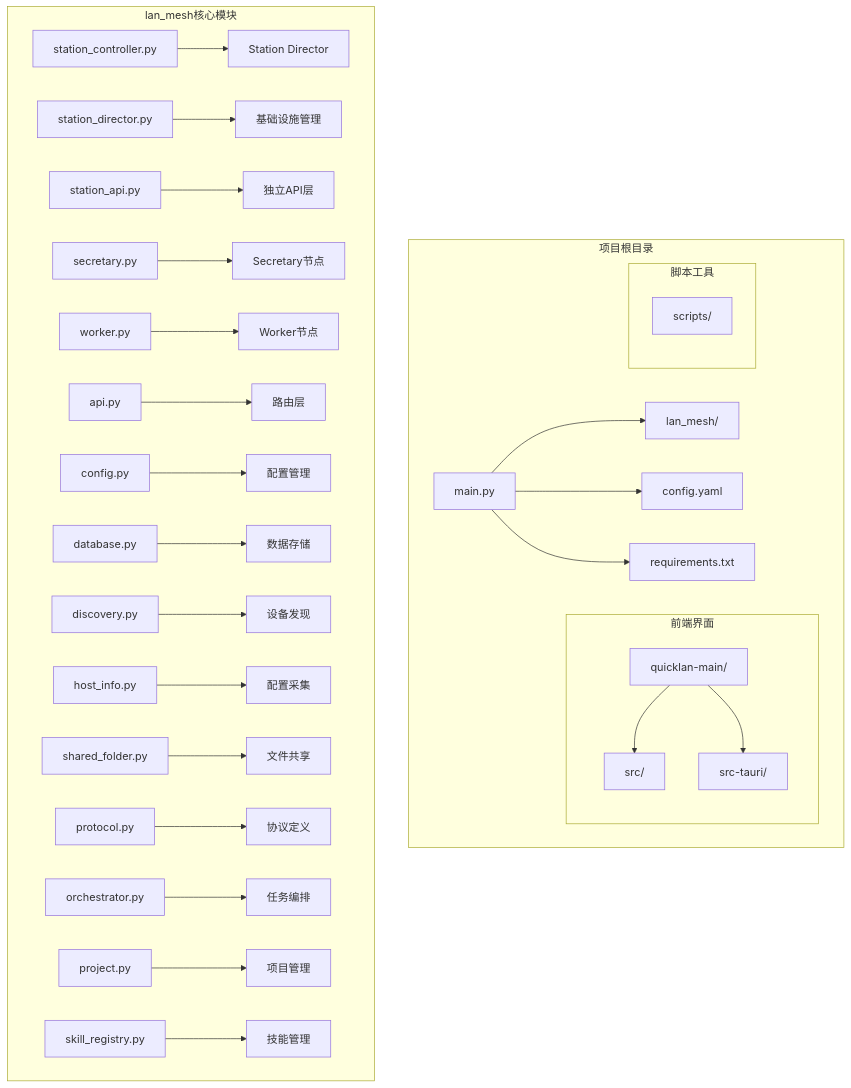
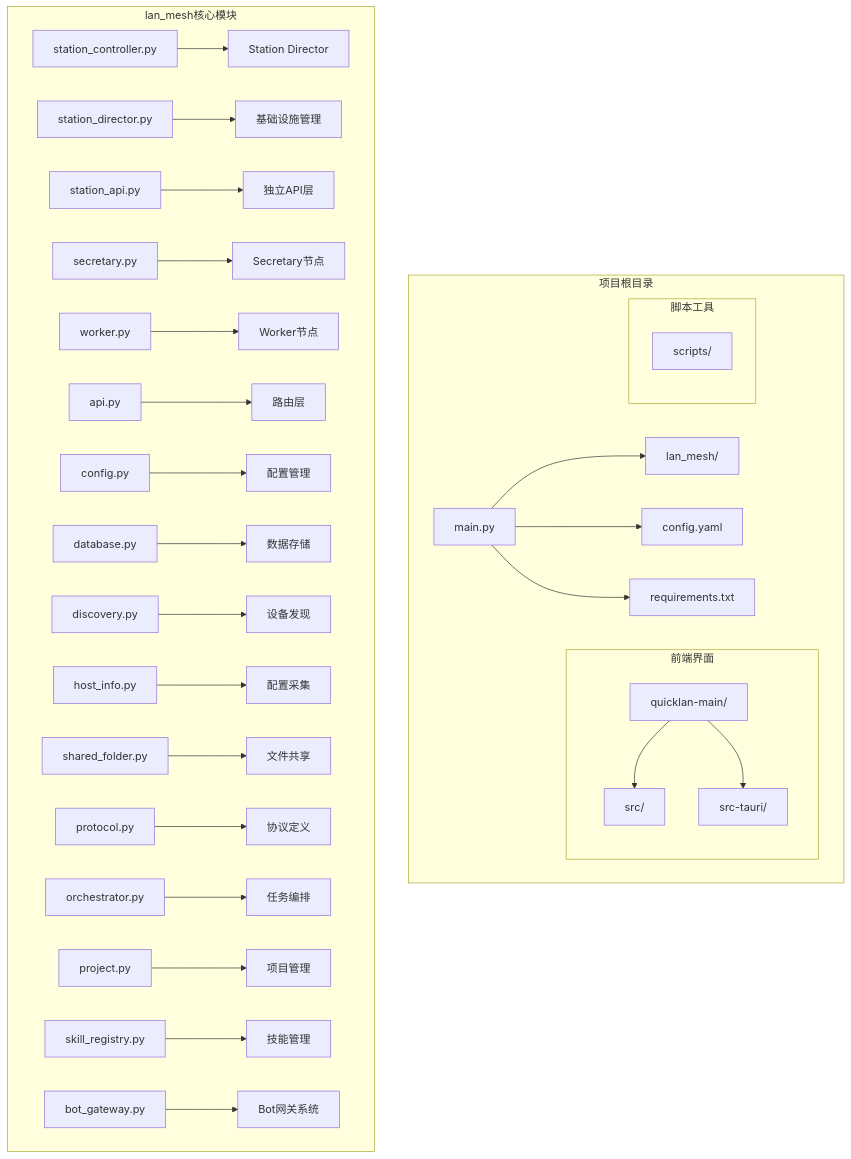
One commit to targalian/Personal-distributed-workstation changed the first of 19 diagrams in .qoder/repowiki/zh/content/核心模块/工作站管理模块.md. Above: the diagram before and after it, drawn with Mermaid. The commit also changed other lines of this file and 85 other files, not shown here.

````diff
--- a/.qoder/repowiki/zh/content/核心模块/工作站管理模块.md
+++ b/.qoder/repowiki/zh/content/核心模块/工作站管理模块.md
@@ -68,33 +71,34 @@
 ```mermaid
 graph TB
 subgraph "项目根目录"
 A[main.py] --> B[lan_mesh/]
 A --> C[config.yaml]
 A --> D[requirements.txt]
 subgraph "前端界面"
 E[quicklan-main/]
 E --> F[src/]
 E --> G[src-tauri/]
 end
 subgraph "脚本工具"
 H[scripts/]
 end
 end
 subgraph "lan_mesh核心模块"
 I[station_controller.py] --> J[Station Director]
 K[station_director.py] --> L[基础设施管理]
 M[station_api.py] --> N[独立API层]
 O[secretary.py] --> P[Secretary节点]
 Q[worker.py] --> R[Worker节点]
 S[api.py] --> T[路由层]
 U[config.py] --> V[配置管理]
 W[database.py] --> X[数据存储]
 Y[discovery.py] --> Z[设备发现]
 AA[host_info.py] --> AB[配置采集]
 AC[shared_folder.py] --> AD[文件共享]
 AE[protocol.py] --> AF[协议定义]
 AG[orchestrator.py] --> AH[任务编排]
 AI[project.py] --> AJ[项目管理]
 AK[skill_registry.py] --> AL[技能管理]
+AM[bot_gateway.py] --> AN[Bot网关系统]
 end
 ```
````
